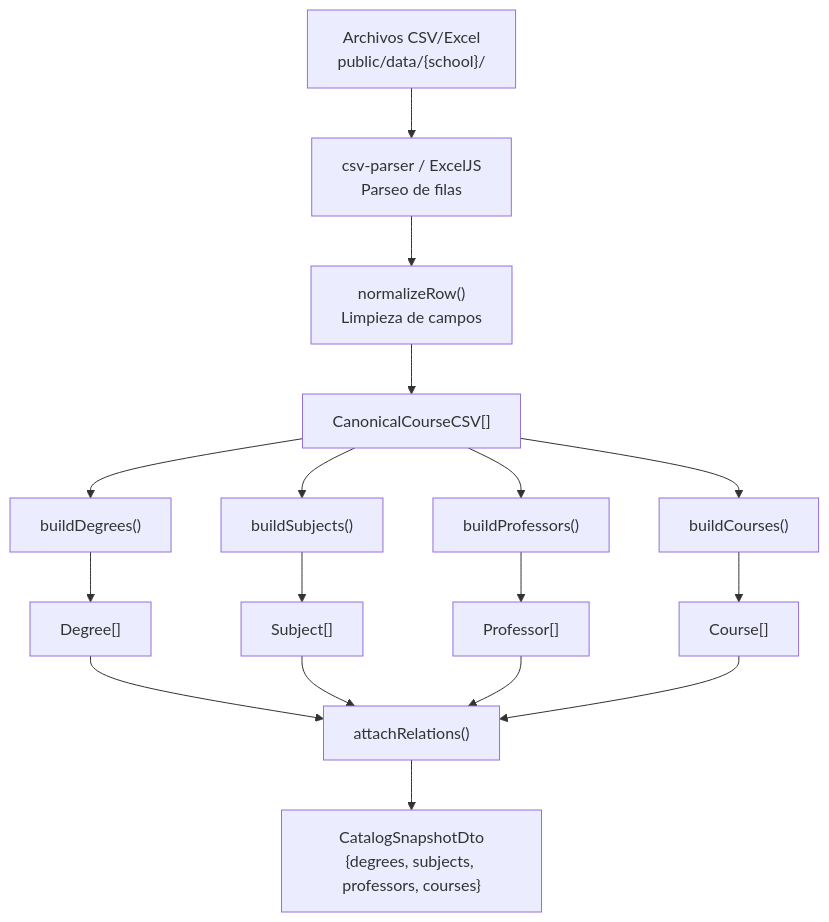
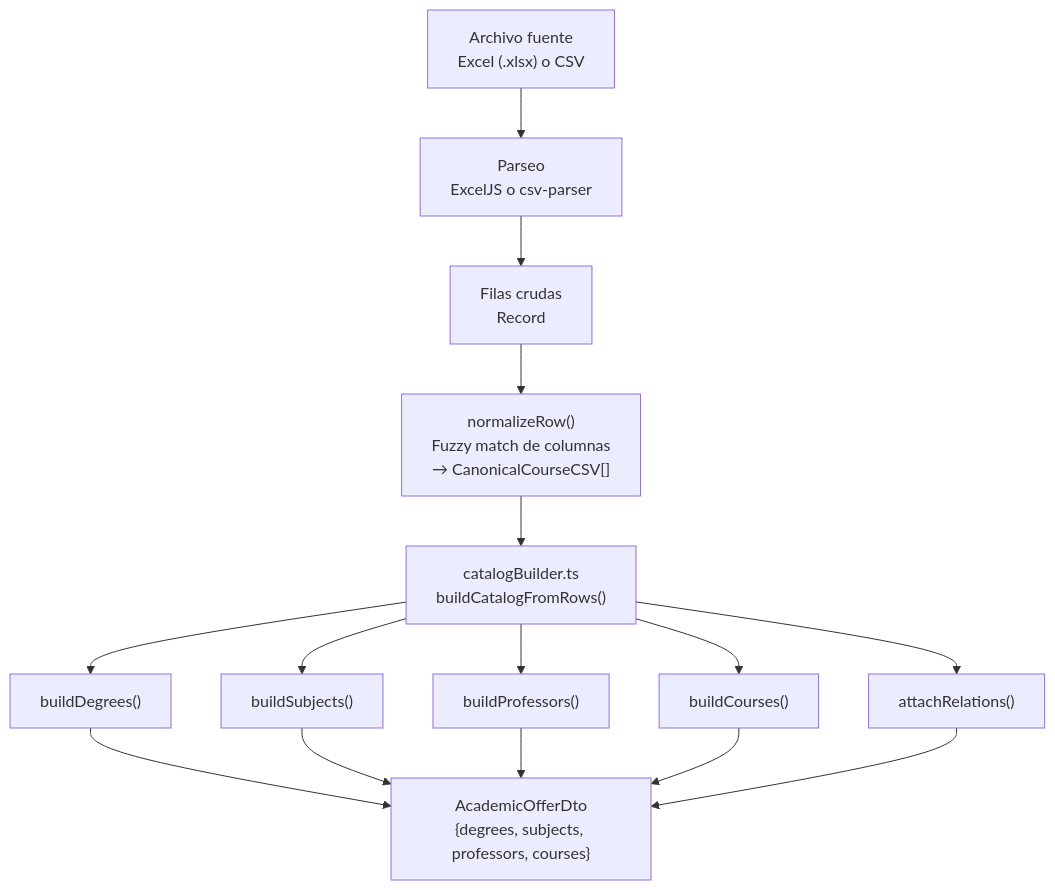
Before and after one commit to KiinMx/Kiin: diagram 15 of 22 in docs/architecture.md, drawn with Mermaid. The commit also changed other lines of this file and 9 other files, not shown here.

First line of the commit message:
feat: Refactor initial load process and introduce FmatAdapter for Excel data handling

````diff
--- a/docs/architecture.md
+++ b/docs/architecture.md
@@ -465,23 +571,19 @@
 ```mermaid
 flowchart TD
-    CSV["Archivos CSV/Excel<br/>public/data/{school}/"] --> Parse["csv-parser / ExcelJS<br/>Parseo de filas"]
-    Parse --> Norm["normalizeRow()<br/>Limpieza de campos"]
-    Norm --> Rows["CanonicalCourseCSV[]"]
+    File["Archivo fuente<br/>Excel (.xlsx) o CSV"] --> Parse["Parseo<br/>ExcelJS o csv-parser"]
+    Parse --> Raw["Filas crudas<br/>Record<string, string>"]
+    Raw --> Norm["normalizeRow()<br/>Fuzzy match de columnas<br/>→ CanonicalCourseCSV[]"]
+    Norm --> CB["catalogBuilder.ts<br/>buildCatalogFromRows()"]
 
-    Rows --> BDeg["buildDegrees()"]
-    Rows --> BSub["buildSubjects()"]
-    Rows --> BProf["buildProfessors()"]
-    Rows --> BCou["buildCourses()"]
+    CB --> BDeg["buildDegrees()"]
+    CB --> BSub["buildSubjects()"]
+    CB --> BProf["buildProfessors()"]
+    CB --> BCou["buildCourses()"]
+    CB --> AR["attachRelations()"]
 
-    BDeg --> Degrees["Degree[]"]
-    BSub --> Subjects["Subject[]"]
-    BProf --> Professors["Professor[]"]
-    BCou --> Courses["Course[]"]
-
-    Degrees --> AR["attachRelations()"]
-    Subjects --> AR
-    Professors --> AR
-    Courses --> AR
-
-    AR --> DTO["CatalogSnapshotDto<br/>{degrees, subjects, professors, courses}"]
+    BDeg --> DTO["AcademicOfferDto<br/>{degrees, subjects, professors, courses}"]
+    BSub --> DTO
+    BProf --> DTO
+    BCou --> DTO
+    AR --> DTO
 ```
````
